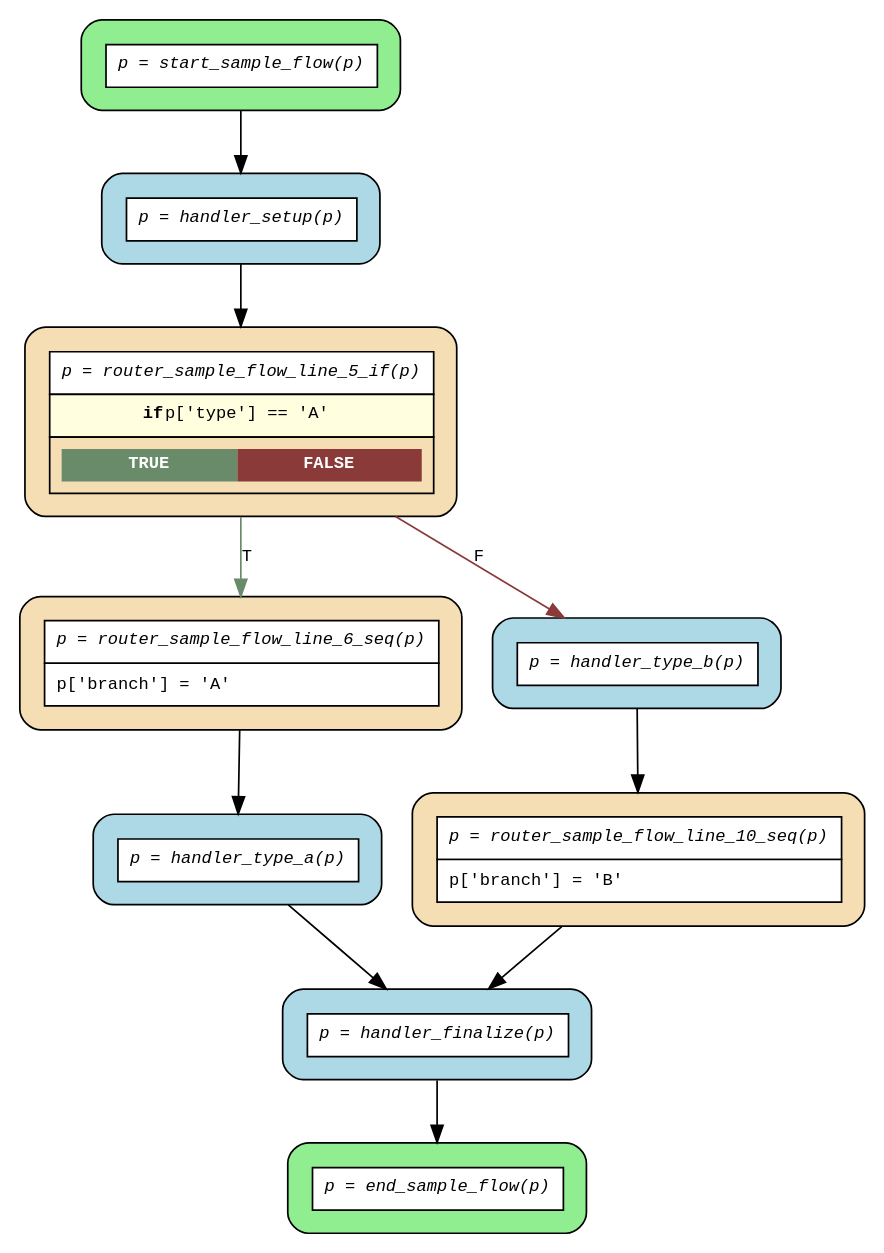
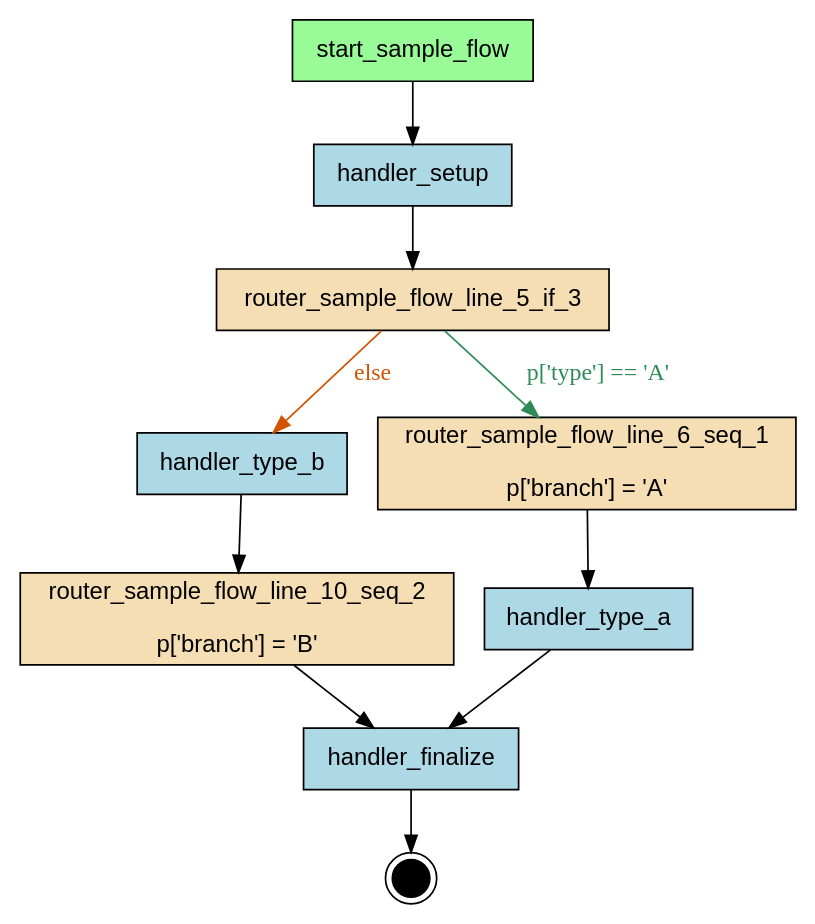
Before and after one commit to deliveryhero/asya: the diagram in docs/img/flows/compiled/sample_flow/flow.dot, drawn with Graphviz. The commit also changed 11 other files, not shown here.

```diff
--- a/docs/img/flows/compiled/sample_flow/flow.dot
+++ b/docs/img/flows/compiled/sample_flow/flow.dot
@@ -1,26 +1,27 @@
-digraph flow {
-  rankdir=TB;
-  graph [fontname="Courier", fontsize=10];
-  node [fontname="Courier", fontsize=10, shape=box, style="filled,rounded", margin="0.2"];
-  edge [fontname="Courier", fontsize=10];
+digraph "sample_flow" {
+    rankdir=TB;
+    node [shape=box, style=filled, fontname="Helvetica"];
 
-  start_sample_flow [fillcolor="lightgreen", group="main", label=<<table border="0" cellspacing="0" cellpadding="6" cellborder="1"><tr><td bgcolor="white" align="center"><i>p = start_sample_flow(p)</i></td></tr></table>>];
-  router_sample_flow_line_6_seq [fillcolor="wheat", group="main", label=<<table border="0" cellspacing="0" cellpadding="6" cellborder="1"><tr><td bgcolor="white" align="center"><i>p = router_sample_flow_line_6_seq(p)</i></td></tr><tr><td bgcolor="white" align="left">p['branch'] = 'A'</td></tr></table>>];
-  router_sample_flow_line_10_seq [fillcolor="wheat", group="main", label=<<table border="0" cellspacing="0" cellpadding="6" cellborder="1"><tr><td bgcolor="white" align="center"><i>p = router_sample_flow_line_10_seq(p)</i></td></tr><tr><td bgcolor="white" align="left">p['branch'] = 'B'</td></tr></table>>];
-  router_sample_flow_line_5_if [fillcolor="wheat", group="main", label=<<table border="0" cellspacing="0" cellpadding="6" cellborder="1"><tr><td bgcolor="white" align="center"><i>p = router_sample_flow_line_5_if(p)</i></td></tr><tr><td bgcolor="lightyellow"><b>if</b> p['type'] == 'A'</td></tr><tr><td><table border="0" cellspacing="0" cellpadding="4"><tr><td bgcolor="darkseagreen4"><font color="white"><b>TRUE</b></font></td><td bgcolor="indianred4"><font color="white"><b>FALSE</b></font></td></tr></table></td></tr></table>>];
-  end_sample_flow [fillcolor="lightgreen", group="main", label=<<table border="0" cellspacing="0" cellpadding="6" cellborder="1"><tr><td bgcolor="white" align="center"><i>p = end_sample_flow(p)</i></td></tr></table>>];
-  handler_finalize [fillcolor="lightblue", label=<<table border="0" cellspacing="0" cellpadding="6" cellborder="1"><tr><td bgcolor="white" align="center"><i>p = handler_finalize(p)</i></td></tr></table>>];
-  handler_setup [fillcolor="lightblue", label=<<table border="0" cellspacing="0" cellpadding="6" cellborder="1"><tr><td bgcolor="white" align="center"><i>p = handler_setup(p)</i></td></tr></table>>];
-  handler_type_a [fillcolor="lightblue", label=<<table border="0" cellspacing="0" cellpadding="6" cellborder="1"><tr><td bgcolor="white" align="center"><i>p = handler_type_a(p)</i></td></tr></table>>];
-  handler_type_b [fillcolor="lightblue", label=<<table border="0" cellspacing="0" cellpadding="6" cellborder="1"><tr><td bgcolor="white" align="center"><i>p = handler_type_b(p)</i></td></tr></table>>];
+    { rank=source; start_sample_flow; }
 
-  handler_finalize -> end_sample_flow;
-  handler_setup -> router_sample_flow_line_5_if;
-  handler_type_a -> handler_finalize;
-  handler_type_b -> router_sample_flow_line_10_seq;
-  router_sample_flow_line_10_seq -> handler_finalize;
-  router_sample_flow_line_5_if -> handler_type_b [label="F", color=indianred4];
-  router_sample_flow_line_5_if -> router_sample_flow_line_6_seq [label="T", color=darkseagreen4];
-  router_sample_flow_line_6_seq -> handler_type_a;
-  start_sample_flow -> handler_setup;
+    handler_finalize [label="handler_finalize", fillcolor=lightblue];
+    handler_setup [label="handler_setup", fillcolor=lightblue];
+    handler_type_a [label="handler_type_a", fillcolor=lightblue];
+    handler_type_b [label="handler_type_b", fillcolor=lightblue];
+    router_sample_flow_line_10_seq_2 [label="router_sample_flow_line_10_seq_2\n\np['branch'] = 'B'", fillcolor=wheat];
+    router_sample_flow_line_5_if_3 [label="router_sample_flow_line_5_if_3", fillcolor=wheat];
+    router_sample_flow_line_6_seq_1 [label="router_sample_flow_line_6_seq_1\n\np['branch'] = 'A'", fillcolor=wheat];
+    start_sample_flow [label="start_sample_flow", fillcolor=palegreen];
+
+    __end__ [label="", shape=doublecircle, fillcolor=black, width=0.3, fixedsize=true];
+
+    start_sample_flow -> handler_setup;
+    handler_setup -> router_sample_flow_line_5_if_3;
+    router_sample_flow_line_6_seq_1 -> handler_type_a;
+    router_sample_flow_line_5_if_3 -> router_sample_flow_line_6_seq_1 [label="p['type'] == 'A'", color="#2E8B57", fontcolor="#2E8B57"];
+    router_sample_flow_line_5_if_3 -> handler_type_b [label="else", color="#D35400", fontcolor="#D35400"];
+    handler_type_b -> router_sample_flow_line_10_seq_2;
+    router_sample_flow_line_10_seq_2 -> handler_finalize;
+    handler_type_a -> handler_finalize;
+    handler_finalize -> __end__;
 }
```
